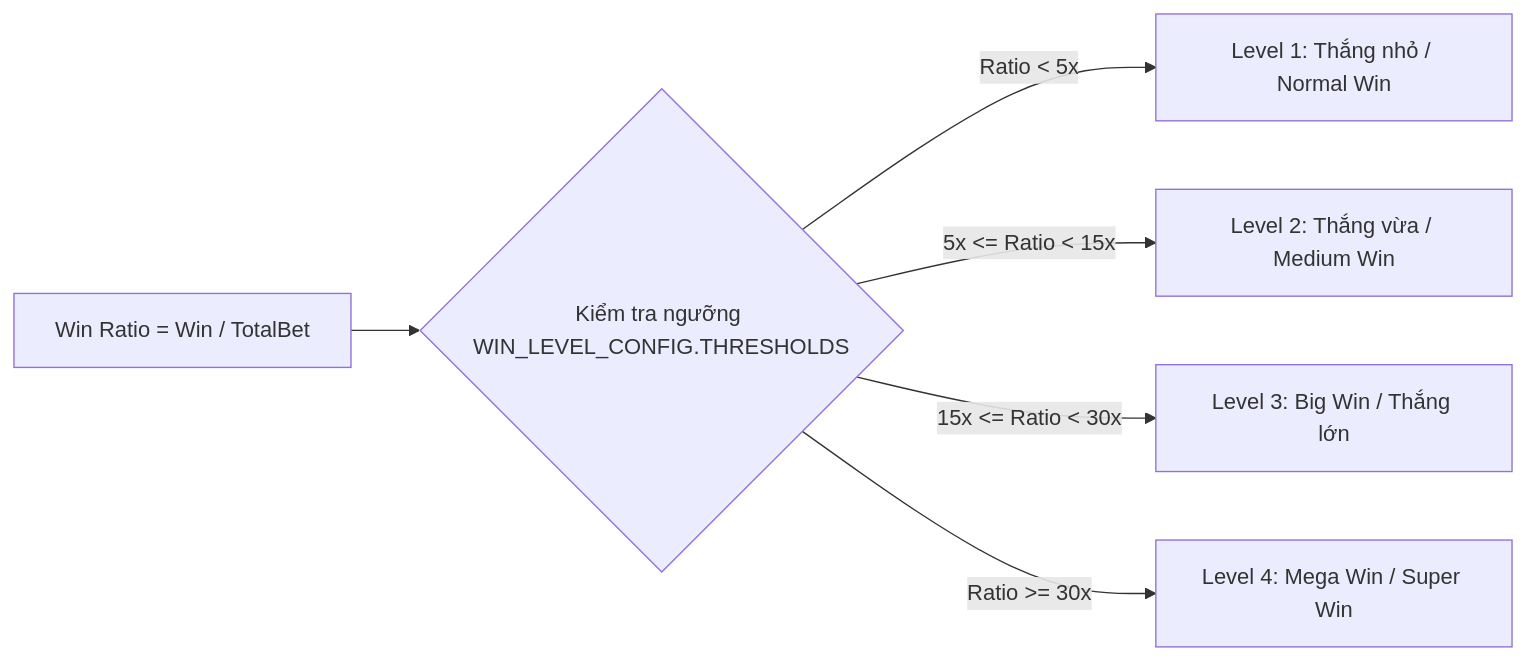
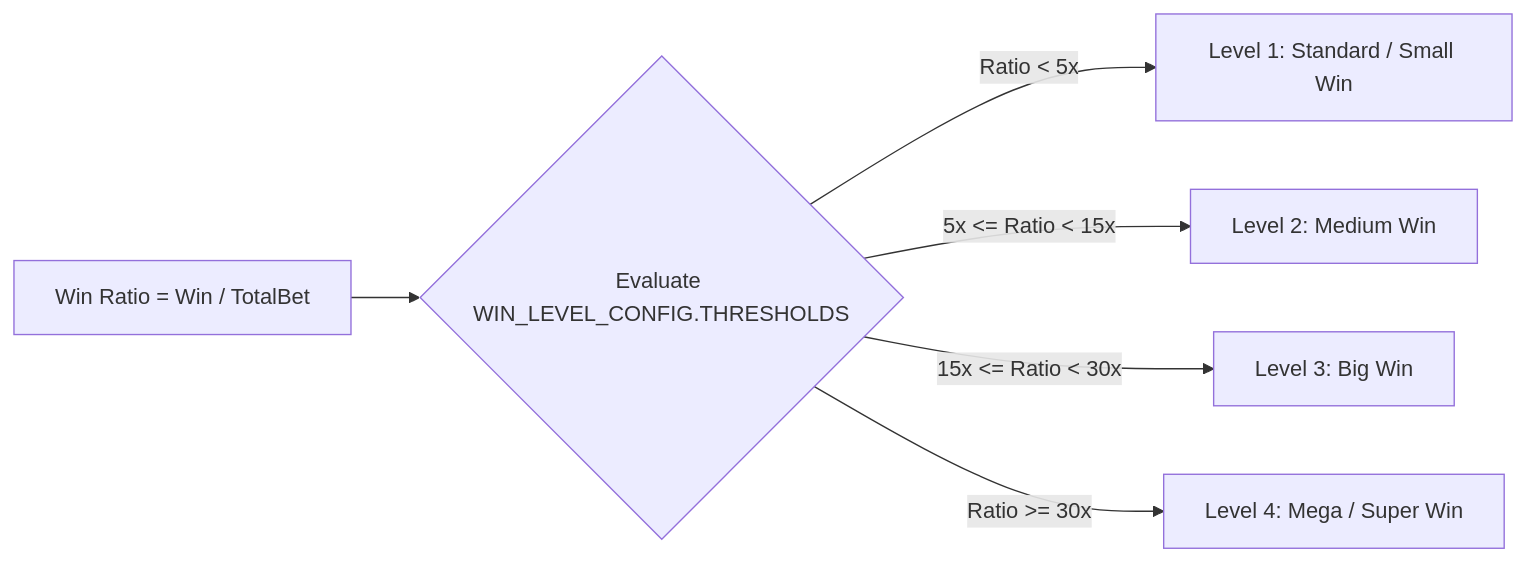
One commit to lam-ark/mcp-fwcc changed the first of 2 diagrams in docs/cc_slot_module/over_view/11_win_evaluation_payline_and_celebration_hierarchy.md. Above: the diagram before and after it, drawn with Mermaid. The commit also changed other lines of this file and 16 other files, not shown here.

````diff
--- a/docs/cc_slot_module/over_view/11_win_evaluation_payline_and_celebration_hierarchy.md
+++ b/docs/cc_slot_module/over_view/11_win_evaluation_payline_and_celebration_hierarchy.md
@@ -18,9 +18,9 @@
 ```mermaid
 graph LR
-    Ratio[Win Ratio = Win / TotalBet] --> Thresholds{Kiểm tra ngưỡng WIN_LEVEL_CONFIG.THRESHOLDS}
+    Ratio[Win Ratio = Win / TotalBet] --> Thresholds{Evaluate WIN_LEVEL_CONFIG.THRESHOLDS}
     
-    Thresholds -->|Ratio < 5x| L1[Level 1: Thắng nhỏ / Normal Win]
-    Thresholds -->|5x <= Ratio < 15x| L2[Level 2: Thắng vừa / Medium Win]
-    Thresholds -->|15x <= Ratio < 30x| L3[Level 3: Big Win / Thắng lớn]
-    Thresholds -->|Ratio >= 30x| L4[Level 4: Mega Win / Super Win]
+    Thresholds -->|Ratio < 5x| L1[Level 1: Standard / Small Win]
+    Thresholds -->|5x <= Ratio < 15x| L2[Level 2: Medium Win]
+    Thresholds -->|15x <= Ratio < 30x| L3[Level 3: Big Win]
+    Thresholds -->|Ratio >= 30x| L4[Level 4: Mega / Super Win]
 ```
````
